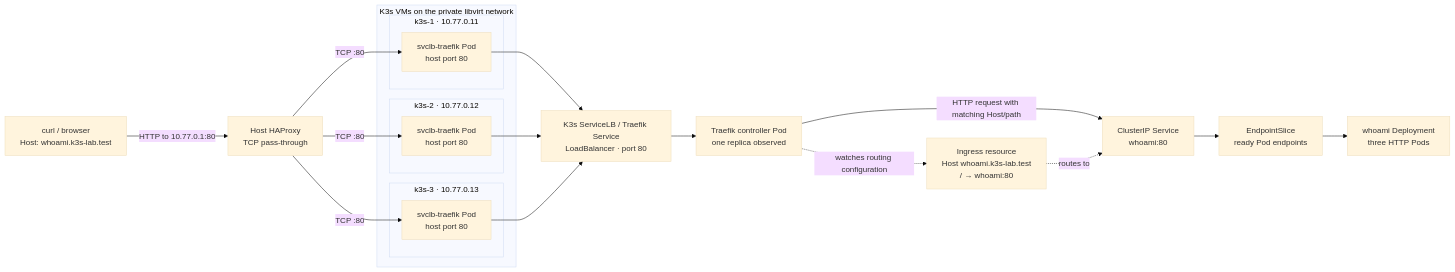
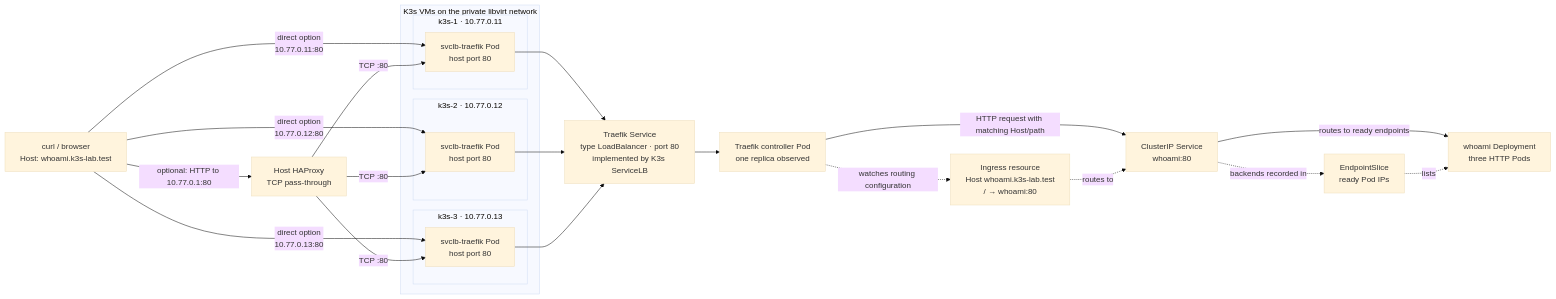
Before and after one commit to nandoabreu/kubernetes-platform-lab: the second of 2 diagrams in docs/runbooks/host-haproxy.md, drawn with Mermaid (base theme). The commit also changed other lines of this file, not shown here.

Commit message:
docs(haproxy): clarify optional host ingress path

````diff
--- a/docs/runbooks/host-haproxy.md
+++ b/docs/runbooks/host-haproxy.md
@@ -29,31 +29,35 @@
 ```mermaid
 flowchart LR
-    client["curl / browser<br/>Host: whoami.k3s-lab.test"] -->|"HTTP to 10.77.0.1:80"| proxy["Host HAProxy<br/>TCP pass-through"]
+    client["curl / browser<br/>Host: whoami.k3s-lab.test"] -->|"optional: HTTP to 10.77.0.1:80"| proxy["Host HAProxy<br/>TCP pass-through"]
+    client -->|"direct option<br/>10.77.0.11:80"| slb1
+    client -->|"direct option<br/>10.77.0.12:80"| slb2
+    client -->|"direct option<br/>10.77.0.13:80"| slb3
 
     proxy -->|"TCP :80"| slb1
     proxy -->|"TCP :80"| slb2
     proxy -->|"TCP :80"| slb3
 
     subgraph nodes["K3s VMs on the private libvirt network"]
         subgraph node1["k3s-1 · 10.77.0.11"]
             slb1["svclb-traefik Pod<br/>host port 80"]
         end
         subgraph node2["k3s-2 · 10.77.0.12"]
             slb2["svclb-traefik Pod<br/>host port 80"]
         end
         subgraph node3["k3s-3 · 10.77.0.13"]
             slb3["svclb-traefik Pod<br/>host port 80"]
         end
     end
 
     slb1 --> traefikService
     slb2 --> traefikService
     slb3 --> traefikService
-    traefikService["K3s ServiceLB / Traefik Service<br/>LoadBalancer · port 80"] --> traefik["Traefik controller Pod<br/>one replica observed"]
+    traefikService["Traefik Service<br/>type LoadBalancer · port 80<br/>implemented by K3s ServiceLB"] --> traefik["Traefik controller Pod<br/>one replica observed"]
 
     traefik -->|"HTTP request with matching Host/path"| appService
     traefik -.->|"watches routing configuration"| ingress["Ingress resource<br/>Host whoami.k3s-lab.test<br/>/ → whoami:80"]
     ingress -.->|"routes to"| appService["ClusterIP Service<br/>whoami:80"]
-    appService --> endpoints["EndpointSlice<br/>ready Pod endpoints"]
-    endpoints --> pods["whoami Deployment<br/>three HTTP Pods"]
+    appService -->|"routes to ready endpoints"| pods["whoami Deployment<br/>three HTTP Pods"]
+    appService -.->|"backends recorded in"| endpoints["EndpointSlice<br/>ready Pod IPs"]
+    endpoints -.->|"lists"| pods
 ```
````
